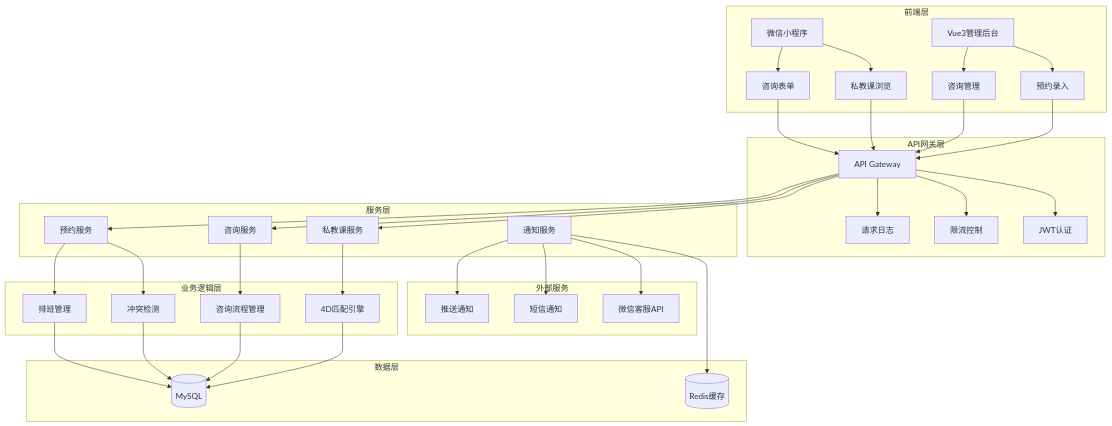
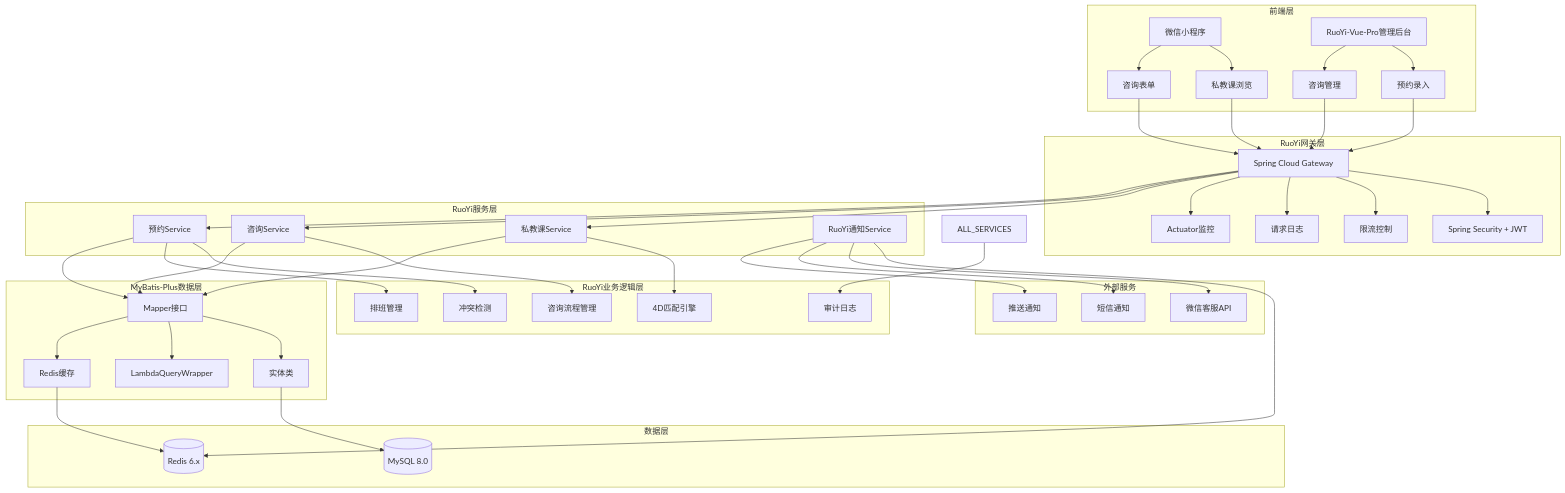
The first of 2 diagrams in specs/004-private-lesson/plan.md (Akujik/GymnasticMini), drawn with Mermaid before and after one commit. The commit also changed other lines of this file and 452 other files, not shown here.

````diff
--- a/specs/004-private-lesson/plan.md
+++ b/specs/004-private-lesson/plan.md
@@ -28,64 +40,80 @@
 ```mermaid
 graph TB
     subgraph "前端层"
         WECHAT[微信小程序] --> BROWSE[私教课浏览]
         WECHAT --> INQUIRY[咨询表单]
-        ADMIN[Vue3管理后台] --> BOOKING[预约录入]
+        ADMIN[RuoYi-Vue-Pro管理后台] --> BOOKING[预约录入]
         ADMIN --> INQUIRY_MGMT[咨询管理]
     end
 
-    subgraph "API网关层"
-        GATEWAY[API Gateway] --> AUTH[JWT认证]
+    subgraph "RuoYi网关层"
+        GATEWAY[Spring Cloud Gateway] --> AUTH[Spring Security + JWT]
         GATEWAY --> RATE[限流控制]
         GATEWAY --> LOG[请求日志]
+        GATEWAY --> MONITOR[Actuator监控]
     end
 
-    subgraph "服务层"
-        PRIVATE_SERVICE[私教课服务]
-        INQUIRY_SERVICE[咨询服务]
-        BOOKING_SERVICE[预约服务]
-        NOTIFICATION_SERVICE[通知服务]
+    subgraph "RuoYi服务层"
+        PRIVATE_SERVICE[私教课Service]
+        INQUIRY_SERVICE[咨询Service]
+        BOOKING_SERVICE[预约Service]
+        NOTIFICATION_SERVICE[RuoYi通知Service]
     end
 
-    subgraph "业务逻辑层"
+    subgraph "MyBatis-Plus数据层"
+        MAPPER[Mapper接口]
+        ENTITY[实体类]
+        WRAPPER[LambdaQueryWrapper]
+        CACHE[Redis缓存]
+    end
+
+    subgraph "RuoYi业务逻辑层"
         MATCH_ENGINE[4D匹配引擎]
         CONFLICT_DETECT[冲突检测]
         CONSULTATION_FLOW[咨询流程管理]
         SCHEDULE_MGMT[排班管理]
+        AUDIT[审计日志]
     end
 
     subgraph "数据层"
-        MYSQL[(MySQL)]
-        REDIS[(Redis缓存)]
+        MYSQL[(MySQL 8.0)]
+        REDIS[(Redis 6.x)]
     end
 
     subgraph "外部服务"
         WECHAT_SERVICE[微信客服API]
         SMS_SERVICE[短信通知]
         PUSH_SERVICE[推送通知]
     end
 
     BROWSE --> GATEWAY
     INQUIRY --> GATEWAY
     BOOKING --> GATEWAY
     INQUIRY_MGMT --> GATEWAY
 
     GATEWAY --> PRIVATE_SERVICE
     GATEWAY --> INQUIRY_SERVICE
     GATEWAY --> BOOKING_SERVICE
 
     PRIVATE_SERVICE --> MATCH_ENGINE
     BOOKING_SERVICE --> CONFLICT_DETECT
     INQUIRY_SERVICE --> CONSULTATION_FLOW
     BOOKING_SERVICE --> SCHEDULE_MGMT
+    ALL_SERVICES --> AUDIT
 
-    MATCH_ENGINE --> MYSQL
-    CONFLICT_DETECT --> MYSQL
-    CONSULTATION_FLOW --> MYSQL
-    SCHEDULE_MGMT --> MYSQL
+    PRIVATE_SERVICE --> MAPPER
+    INQUIRY_SERVICE --> MAPPER
+    BOOKING_SERVICE --> MAPPER
+
+    MAPPER --> ENTITY
+    MAPPER --> WRAPPER
+    MAPPER --> CACHE
+
+    ENTITY --> MYSQL
+    CACHE --> REDIS
 
     NOTIFICATION_SERVICE --> REDIS
     NOTIFICATION_SERVICE --> WECHAT_SERVICE
     NOTIFICATION_SERVICE --> SMS_SERVICE
     NOTIFICATION_SERVICE --> PUSH_SERVICE
 ```
````
